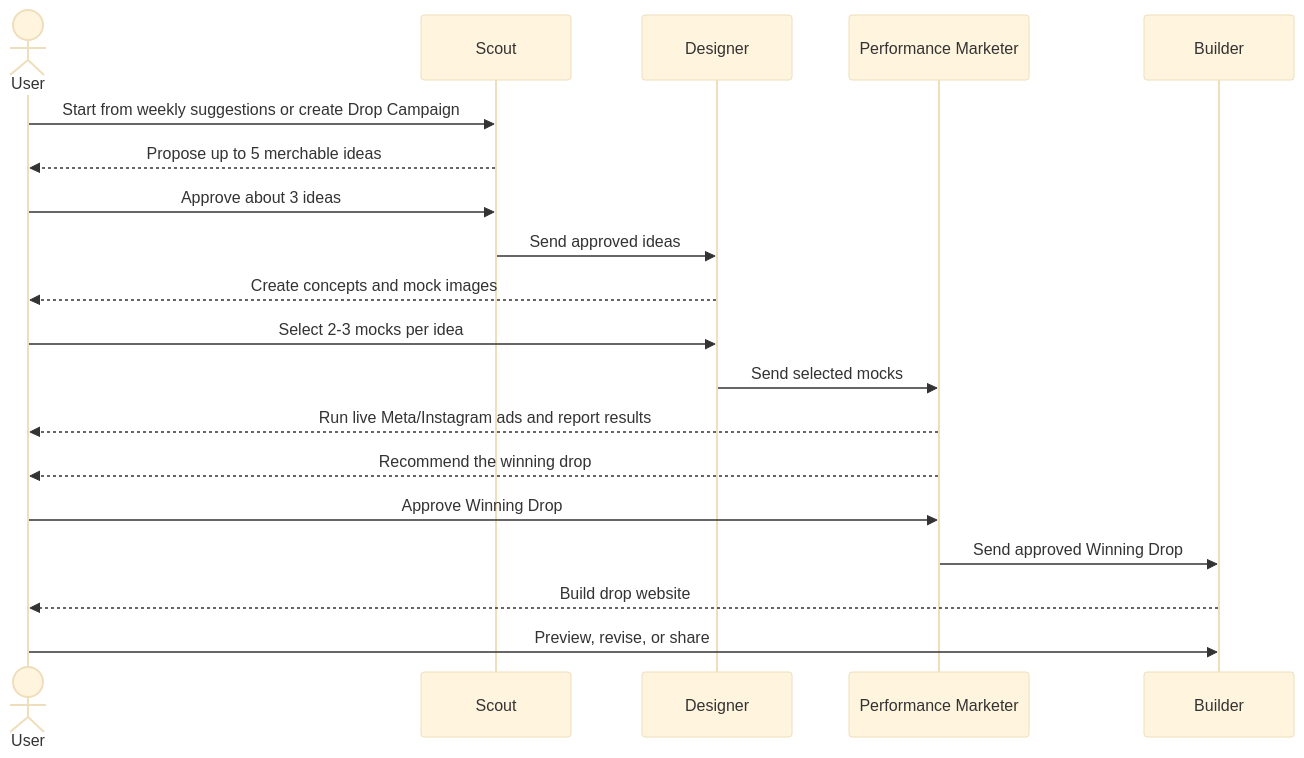
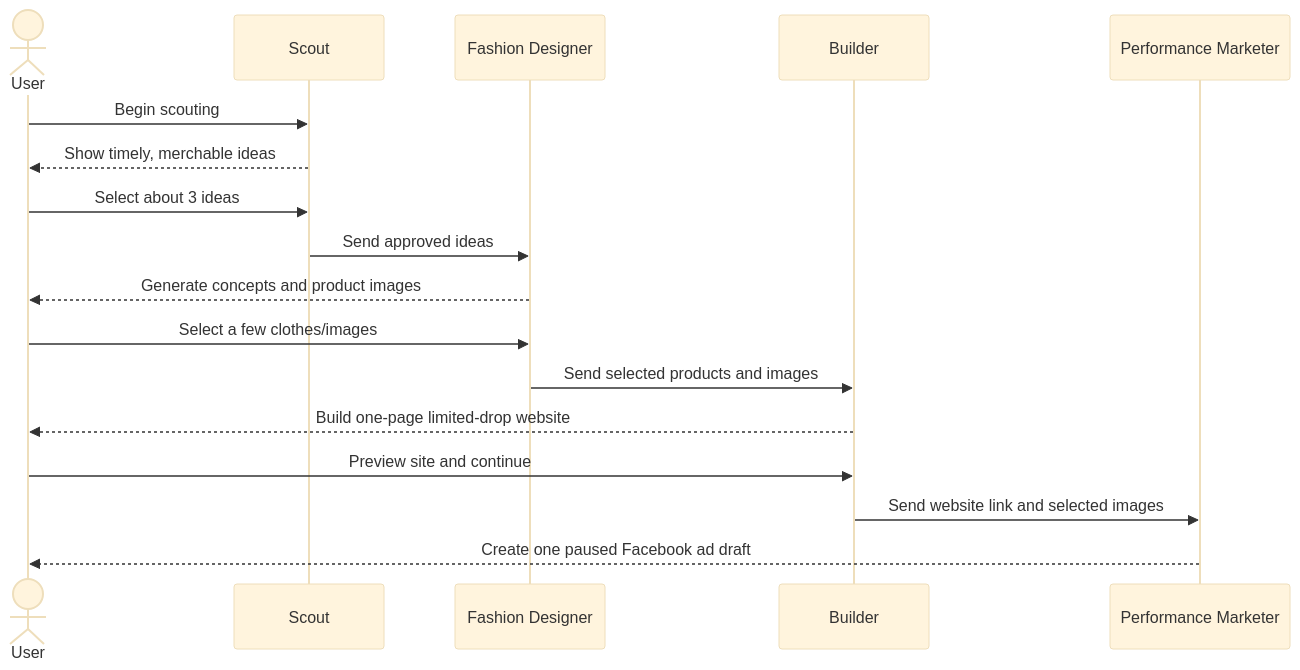
One commit to neilsanghrajka/drip changed the first of 6 diagrams in docs/PRD.md. Above: the diagram before and after it, drawn with Mermaid (base theme). The commit also changed other lines of this file and 26 other files, not shown here.

````diff
--- a/docs/PRD.md
+++ b/docs/PRD.md
@@ -87,25 +88,23 @@
 ```mermaid
 sequenceDiagram
   actor User
   participant Scout
-  participant Designer
+  participant Designer as Fashion Designer
+  participant Builder
   participant Marketer as Performance Marketer
-  participant Builder
 
-  User->>Scout: Start from weekly suggestions or create Drop Campaign
-  Scout-->>User: Propose up to 5 merchable ideas
-  User->>Scout: Approve about 3 ideas
+  User->>Scout: Begin scouting
+  Scout-->>User: Show timely, merchable ideas
+  User->>Scout: Select about 3 ideas
 
   Scout->>Designer: Send approved ideas
-  Designer-->>User: Create concepts and mock images
-  User->>Designer: Select 2-3 mocks per idea
+  Designer-->>User: Generate concepts and product images
+  User->>Designer: Select a few clothes/images
 
-  Designer->>Marketer: Send selected mocks
-  Marketer-->>User: Run live Meta/Instagram ads and report results
-  Marketer-->>User: Recommend the winning drop
-  User->>Marketer: Approve Winning Drop
+  Designer->>Builder: Send selected products and images
+  Builder-->>User: Build one-page limited-drop website
+  User->>Builder: Preview site and continue
 
-  Marketer->>Builder: Send approved Winning Drop
-  Builder-->>User: Build drop website
-  User->>Builder: Preview, revise, or share
+  Builder->>Marketer: Send website link and selected images
+  Marketer-->>User: Create one paused Facebook ad draft
 ```
````
